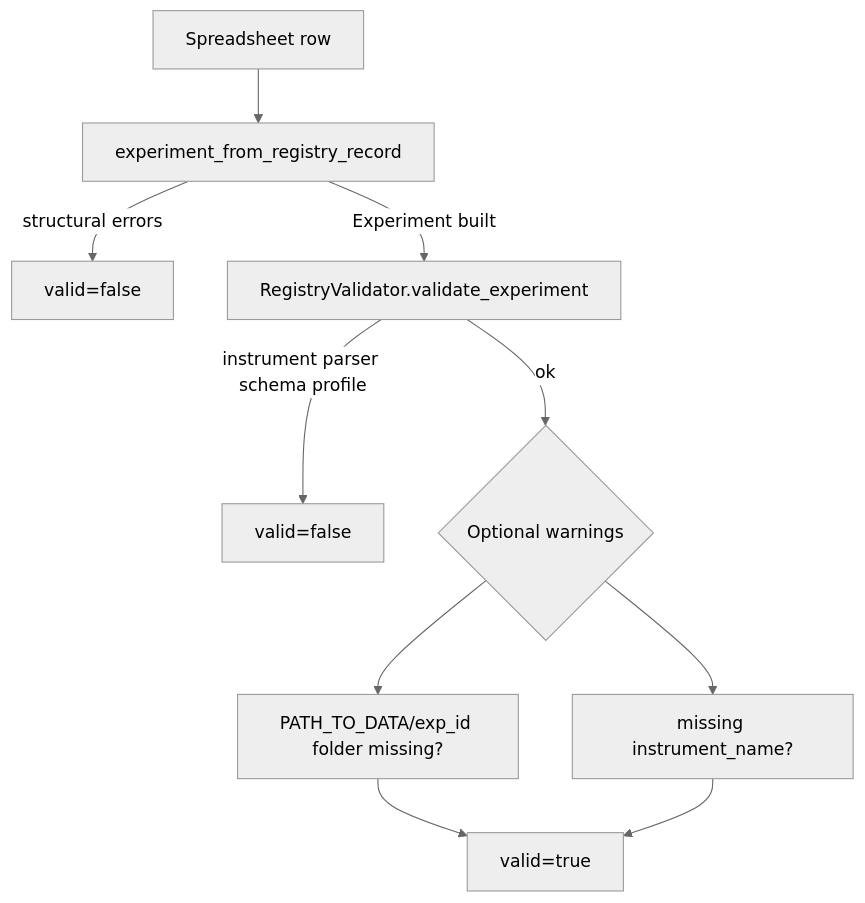
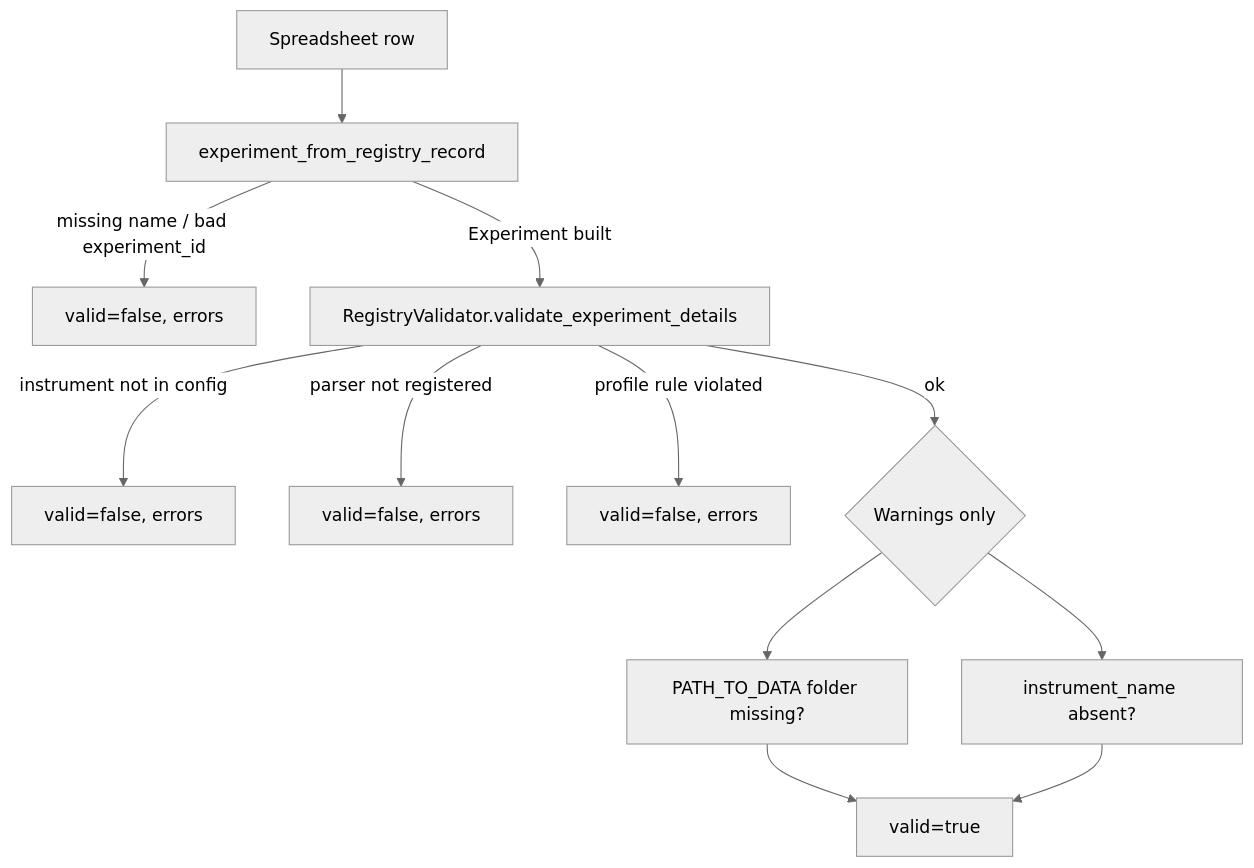
The sixth of 8 diagrams in docs/architecture.md (lucaAyt/mfethuls), drawn with Mermaid (neutral theme) before and after one commit. The commit also changed other lines of this file and 25 other files, not shown here.

````diff
--- a/docs/architecture.md
+++ b/docs/architecture.md
@@ -161,12 +217,14 @@
 ```mermaid
 flowchart TD
   ROW[Spreadsheet row] --> EFR[experiment_from_registry_record]
-  EFR -->|structural errors| INV[valid=false]
-  EFR -->|Experiment built| VE[RegistryValidator.validate_experiment]
-  VE -->|instrument parser schema profile| INV2[valid=false]
-  VE -->|ok| WARN{Optional warnings}
-  WARN --> DATA[PATH_TO_DATA/exp_id folder missing?]
-  WARN --> INST[missing instrument_name?]
+  EFR -->|missing name / bad experiment_id| INV[valid=false, errors]
+  EFR -->|Experiment built| VE[RegistryValidator.validate_experiment_details]
+  VE -->|instrument not in config| INV2[valid=false, errors]
+  VE -->|parser not registered| INV3[valid=false, errors]
+  VE -->|profile rule violated| INV4[valid=false, errors]
+  VE -->|ok| WARN{Warnings only}
+  WARN --> DATA[PATH_TO_DATA folder missing?]
+  WARN --> INST[instrument_name absent?]
   DATA --> OK[valid=true]
   INST --> OK
 ```
````
